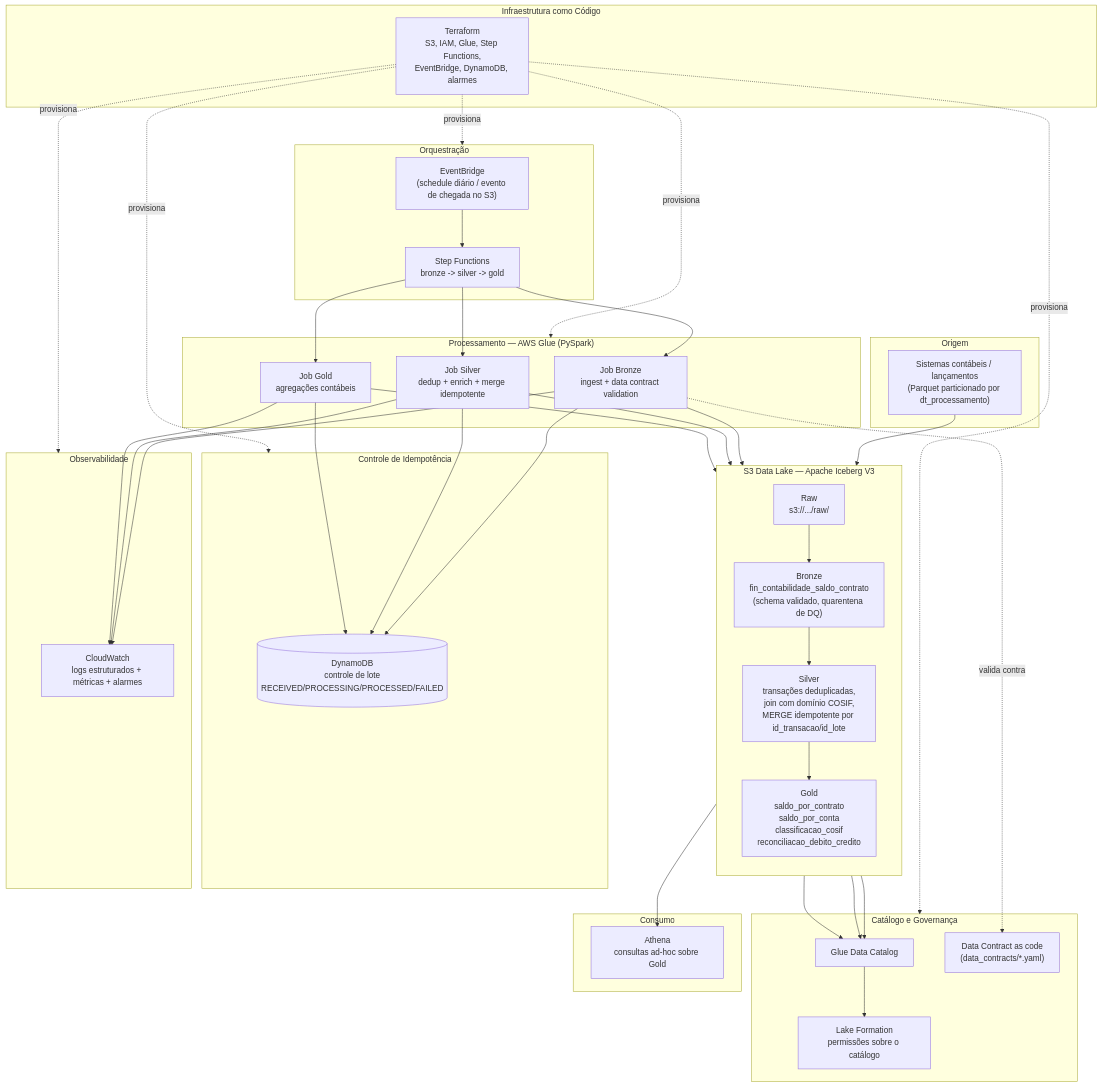
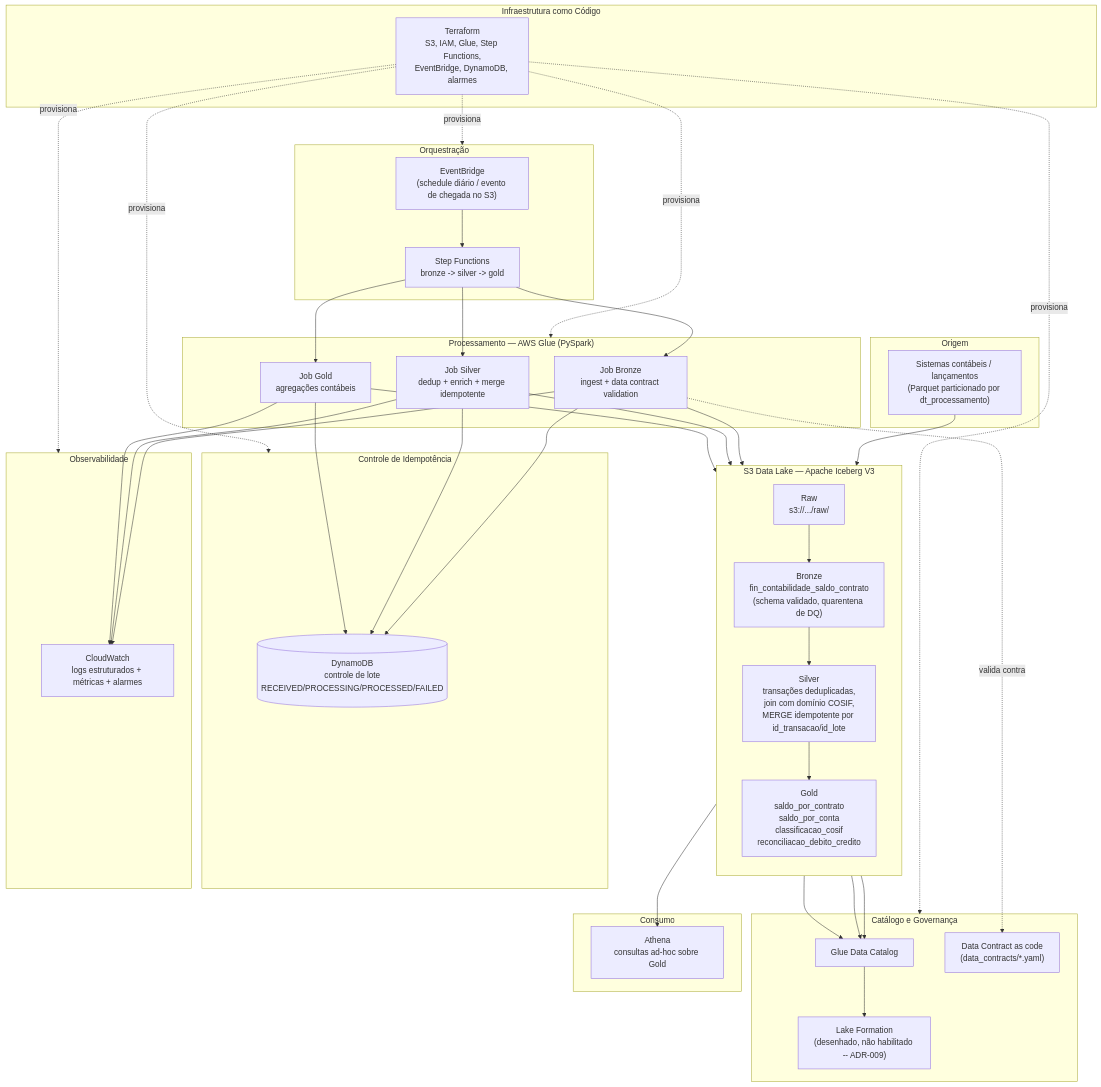
The diagram in architecture/diagram.mmd (guiruschel/POD99_Case), drawn with Mermaid before and after one commit. The commit also changed 43 other files, not shown here.

```diff
--- a/architecture/diagram.mmd
+++ b/architecture/diagram.mmd
@@ -1,72 +1,72 @@
 %% Arquitetura — Nova Plataforma de Finanças (Cálculo de Saldo por Contrato)
 %% Cenário A — Medallion (Bronze/Silver/Gold) sobre S3 + Apache Iceberg V3, AWS Glue/PySpark
 flowchart TD
 
     subgraph SRC["Origem"]
         SOURCE["Sistemas contábeis / lançamentos\n(Parquet particionado por dt_processamento)"]
     end
 
     subgraph ORCH["Orquestração"]
         EB["EventBridge\n(schedule diário / evento de chegada no S3)"]
         SF["Step Functions\nbronze -> silver -> gold"]
         EB --> SF
     end
 
     subgraph LAKE["S3 Data Lake — Apache Iceberg V3"]
         direction TB
         RAW["Raw\ns3://.../raw/"]
         BRONZE["Bronze\nfin_contabilidade_saldo_contrato\n(schema validado, quarentena de DQ)"]
         SILVER["Silver\ntransações deduplicadas,\njoin com domínio COSIF,\nMERGE idempotente por id_transacao/id_lote"]
         GOLD["Gold\nsaldo_por_contrato\nsaldo_por_conta\nclassificacao_cosif\nreconciliacao_debito_credito"]
         RAW --> BRONZE --> SILVER --> GOLD
     end
 
     subgraph GLUE["Processamento — AWS Glue (PySpark)"]
         J1["Job Bronze\ningest + data contract validation"]
         J2["Job Silver\ndedup + enrich + merge idempotente"]
         J3["Job Gold\nagregações contábeis"]
     end
 
     subgraph GOV["Catálogo e Governança"]
         CATALOG["Glue Data Catalog"]
-        LF["Lake Formation\npermissões sobre o catálogo"]
+        LF["Lake Formation\n(desenhado, não habilitado -- ADR-009)"]
         CONTRACT["Data Contract as code\n(data_contracts/*.yaml)"]
     end
 
     subgraph CTRL["Controle de Idempotência"]
         DDB[("DynamoDB\ncontrole de lote\nRECEIVED/PROCESSING/PROCESSED/FAILED")]
     end
 
     subgraph OBS["Observabilidade"]
         CW["CloudWatch\nlogs estruturados + métricas + alarmes"]
     end
 
     subgraph CONS["Consumo"]
         ATHENA["Athena\nconsultas ad-hoc sobre Gold"]
     end
 
     subgraph IAC["Infraestrutura como Código"]
         TF["Terraform\nS3, IAM, Glue, Step Functions,\nEventBridge, DynamoDB, alarmes"]
     end
 
     SOURCE --> RAW
     SF --> J1 --> BRONZE
     SF --> J2 --> SILVER
     SF --> J3 --> GOLD
 
     J1 -. valida contra .-> CONTRACT
     J1 --> DDB
     J2 --> DDB
     J3 --> DDB
 
     J1 & J2 & J3 --> CW
     BRONZE & SILVER & GOLD --> CATALOG
     CATALOG --> LF
 
     GOLD --> ATHENA
 
     TF -.provisiona.-> ORCH
     TF -.provisiona.-> GLUE
     TF -.provisiona.-> GOV
     TF -.provisiona.-> CTRL
     TF -.provisiona.-> OBS
```
